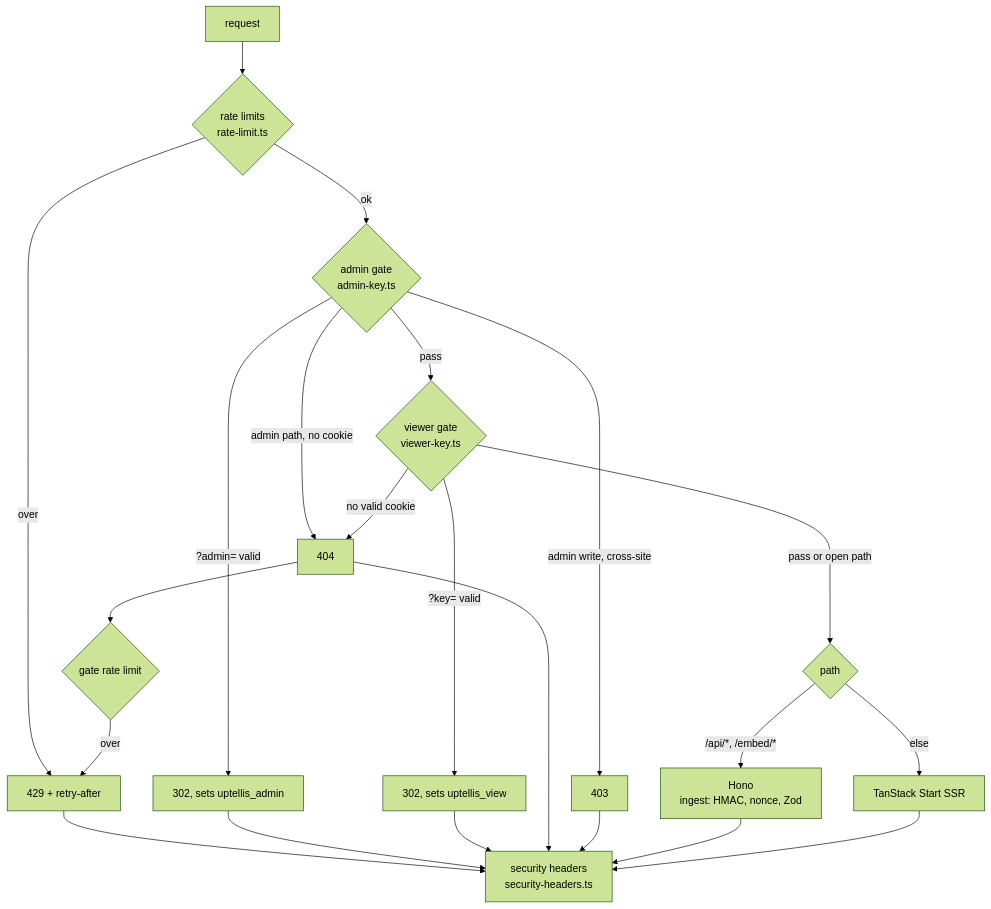
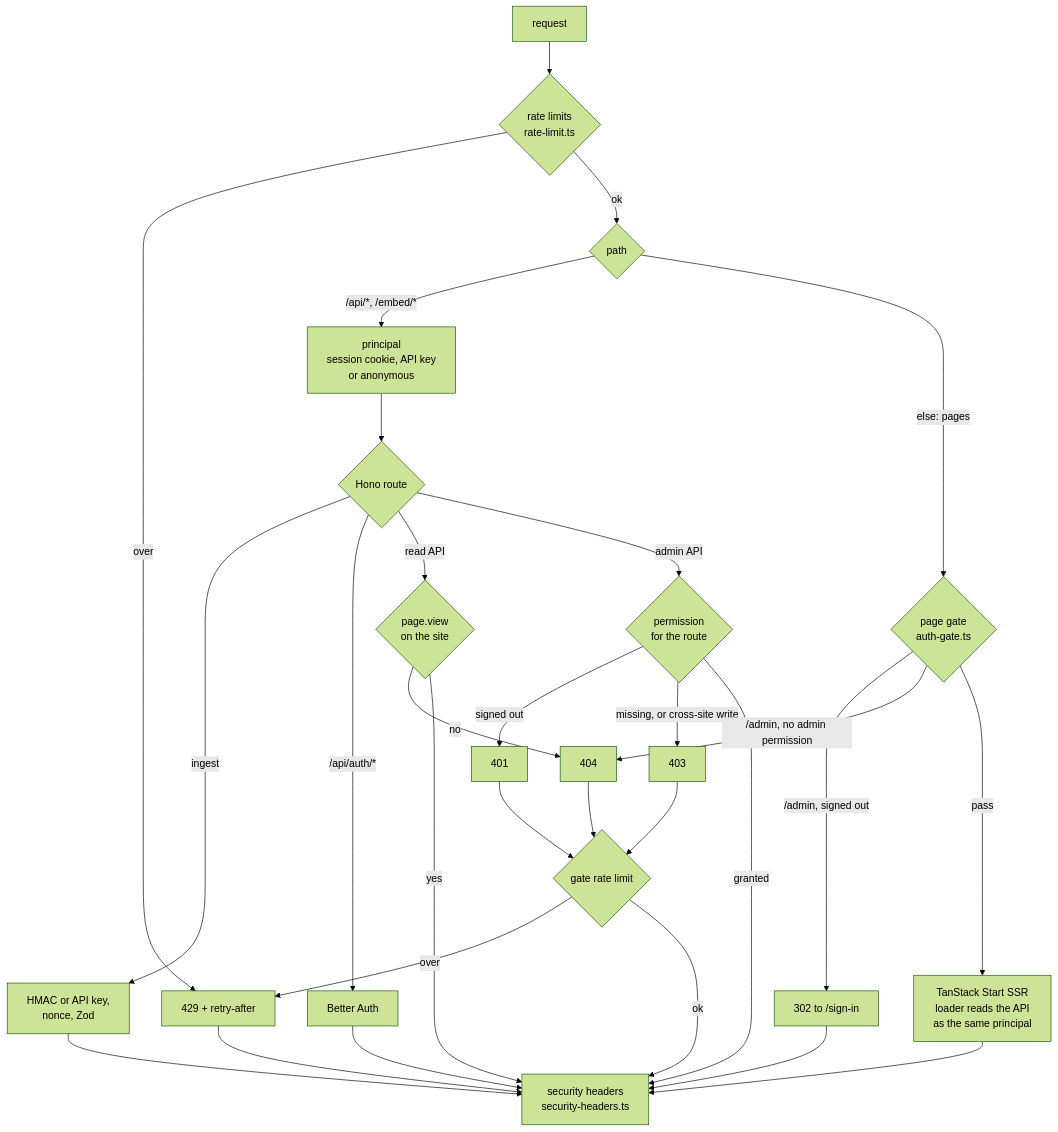
One commit to bts-io/uptellis changed the diagram in docs/SECURITY.md. Above: the diagram before and after it, drawn with Mermaid (forest theme). The commit also changed other lines of this file and 5 other files, not shown here.

First line of the commit message:
docs(auth): accounts, roles, invites, API keys, JWKS, first run and OAuth

````diff
--- a/docs/SECURITY.md
+++ b/docs/SECURITY.md
@@ -25,24 +26,31 @@
 ```mermaid
 flowchart TD
   req["request"] --> rl{"rate limits<br/>rate-limit.ts"}
   rl -->|"over"| r429["429 + retry-after"]
-  rl -->|"ok"| ag{"admin gate<br/>admin-key.ts"}
-  ag -->|"?admin= valid"| redir["302, sets uptellis_admin"]
-  ag -->|"admin path, no cookie"| g404["404"]
-  ag -->|"admin write, cross-site"| g403["403"]
-  ag -->|"pass"| vg{"viewer gate<br/>viewer-key.ts"}
-  vg -->|"?key= valid"| redir2["302, sets uptellis_view"]
-  vg -->|"no valid cookie"| g404
-  g404 --> rl2{"gate rate limit"}
+  rl -->|"ok"| route{"path"}
+  route -->|"/api/*, /embed/*"| who["principal<br/>session cookie, API key<br/>or anonymous"]
+  who --> hono{"Hono route"}
+  hono -->|"ingest"| ing["HMAC or API key,<br/>nonce, Zod"]
+  hono -->|"/api/auth/*"| ba["Better Auth"]
+  hono -->|"read API"| view{"page.view<br/>on the site"}
+  view -->|"no"| n404["404"]
+  hono -->|"admin API"| perm{"permission<br/>for the route"}
+  perm -->|"signed out"| n401["401"]
+  perm -->|"missing, or cross-site write"| n403["403"]
+  route -->|"else: pages"| pg{"page gate<br/>auth-gate.ts"}
+  pg -->|"/admin, signed out"| redir["302 to /sign-in"]
+  pg -->|"/admin, no admin permission"| n404
+  pg -->|"pass"| start["TanStack Start SSR<br/>loader reads the API<br/>as the same principal"]
+  n404 --> rl2{"gate rate limit"}
+  n401 --> rl2
+  n403 --> rl2
   rl2 -->|"over"| r429
-  vg -->|"pass or open path"| route{"path"}
-  route -->|"/api/*, /embed/*"| hono["Hono<br/>ingest: HMAC, nonce, Zod"]
-  route -->|"else"| start["TanStack Start SSR"]
   r429 --> hdr["security headers<br/>security-headers.ts"]
+  rl2 -->|"ok"| hdr
   redir --> hdr
-  redir2 --> hdr
-  g404 --> hdr
-  g403 --> hdr
-  hono --> hdr
+  ing --> hdr
+  ba --> hdr
+  view -->|"yes"| hdr
+  perm -->|"granted"| hdr
   start --> hdr
 ```
````
